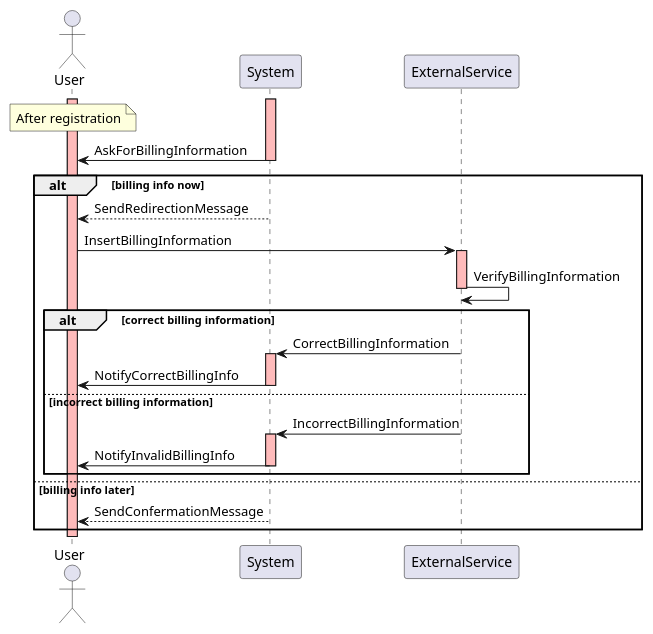
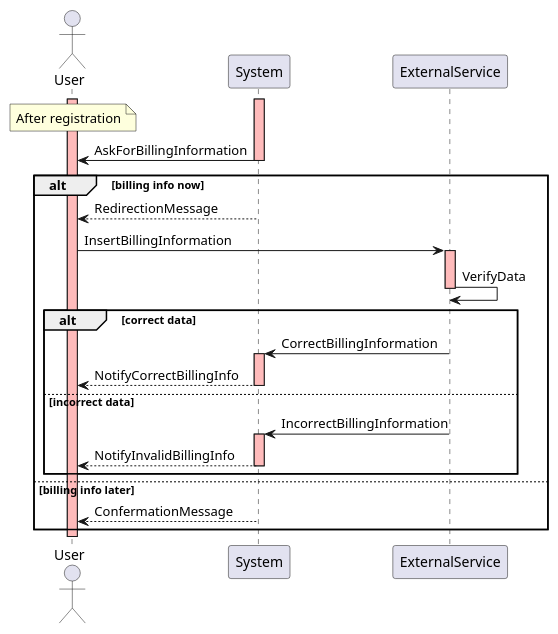
Before and after one commit to fcremo/AlfonsoCarsenzuolaCremonese-ingsw2: the diagram in rasd/sequence_diagram/sequence_diagram_billInformationPostSignup.plantuml, drawn with PlantUML. The commit also changed 15 other files, not shown here.

Commit message:
update sequence diagram

```diff
--- a/rasd/sequence_diagram/sequence_diagram_billInformationPostSignup.plantuml
+++ b/rasd/sequence_diagram/sequence_diagram_billInformationPostSignup.plantuml
@@ -1,39 +1,39 @@
 @startuml
 
 actor User
 participant System
 participant ExternalService
 
 note over User: After registration
 
 activate User #FFBBBB
 activate System #FFBBBB
 System -> User: AskForBillingInformation
 deactivate System
 
 alt billing info now
-  System --> User: SendRedirectionMessage
+  System --> User: RedirectionMessage
   User -> ExternalService: InsertBillingInformation
   activate ExternalService #FFBBBB
-  ExternalService -> ExternalService: VerifyBillingInformation
+  ExternalService -> ExternalService: VerifyData
   deactivate ExternalService
 
-  alt correct billing information
+  alt correct data
     ExternalService -> System: CorrectBillingInformation
     activate System #FFBBBB
-    System -> User: NotifyCorrectBillingInfo
+    System --> User: NotifyCorrectBillingInfo
     deactivate System
-  else incorrect billing information
+  else incorrect data
     ExternalService -> System: IncorrectBillingInformation
     activate System #FFBBBB
-    System -> User: NotifyInvalidBillingInfo
+    System --> User: NotifyInvalidBillingInfo
     deactivate System
   end
 
 else billing info later
-  System --> User: SendConfermationMessage
+  System --> User: ConfermationMessage
 end
 
 deactivate User
 
 @enduml
```
